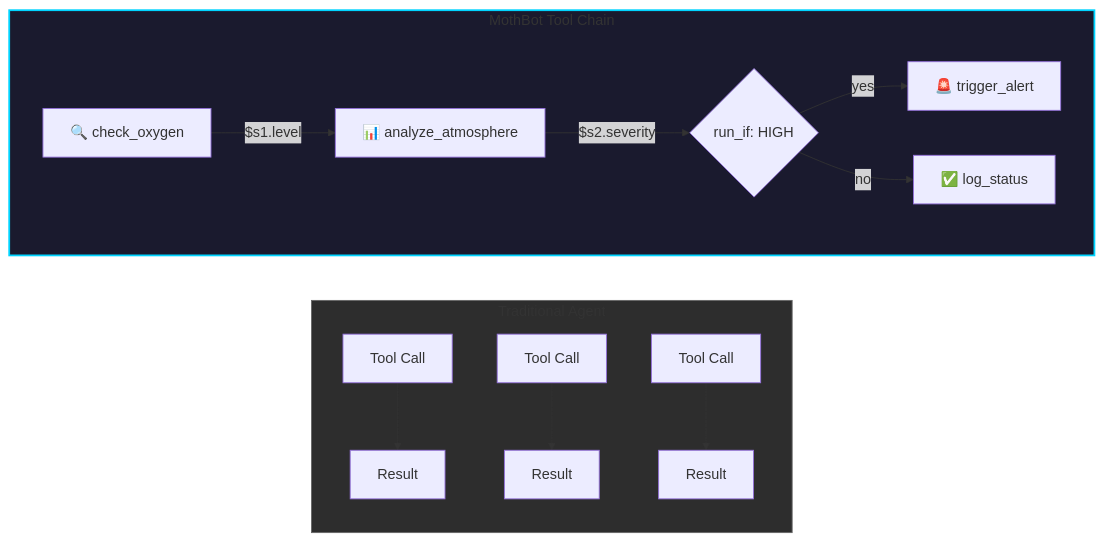
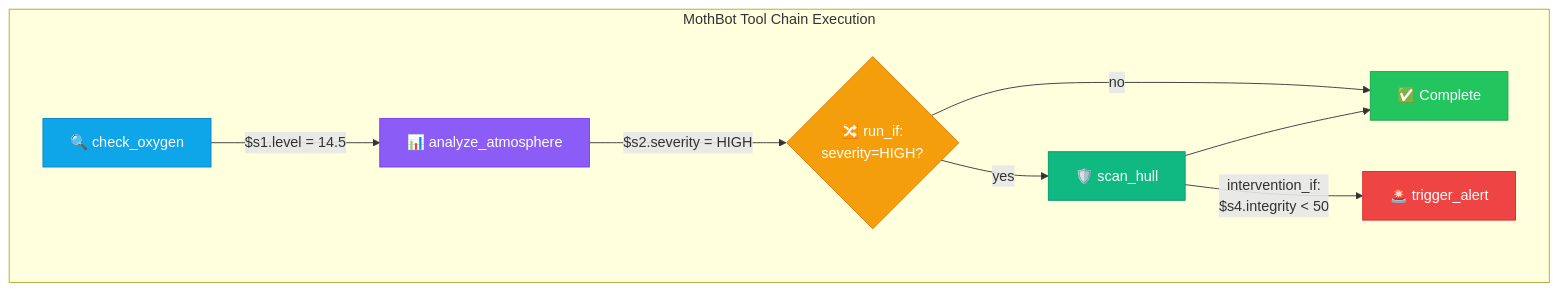
Before and after one commit to vivek100/mothBot: the first of 4 diagrams in README.md, drawn with Mermaid. The commit also changed other lines of this file, not shown here.

Commit message:
fixed diagrams

````diff
--- a/README.md
+++ b/README.md
@@ -28,19 +68,26 @@
 ```mermaid
 flowchart LR
-    subgraph Traditional["Traditional Agent"]
-        T1[Tool Call] --> R1[Result]
-        T2[Tool Call] --> R2[Result]
-        T3[Tool Call] --> R3[Result]
+    subgraph Chain["MothBot Tool Chain Execution"]
+        direction LR
+        S1["🔍 check_oxygen"]
+        S2["📊 analyze_atmosphere"]
+        S3{"🔀 run_if:\n severity=HIGH?"}
+        S4["🛡️ scan_hull"]
+        S5["🚨 trigger_alert"]
+        S6["✅ Complete"]
+        
+        S1 -->|"$s1.level = 14.5"| S2
+        S2 -->|"$s2.severity = HIGH"| S3
+        S3 -->|"yes"| S4
+        S3 -->|"no"| S6
+        S4 -->|"intervention_if:\n$s4.integrity < 50"| S5
+        S4 --> S6
     end
     
-    subgraph MothBot["MothBot Tool Chain"]
-        direction LR
-        S1["🔍 check_oxygen"] -->|"$s1.level"| S2["📊 analyze_atmosphere"]
-        S2 -->|"$s2.severity"| S3{"run_if: HIGH"}
-        S3 -->|yes| S4["🚨 trigger_alert"]
-        S3 -->|no| S5["✅ log_status"]
-    end
-    
-    style MothBot fill:#1a1a2e,stroke:#00d4ff,stroke-width:2px
-    style Traditional fill:#2d2d2d,stroke:#666,stroke-width:1px
+    style S1 fill:#0ea5e9,stroke:#0284c7,color:#fff
+    style S2 fill:#8b5cf6,stroke:#7c3aed,color:#fff
+    style S3 fill:#f59e0b,stroke:#d97706,color:#fff
+    style S4 fill:#10b981,stroke:#059669,color:#fff
+    style S5 fill:#ef4444,stroke:#dc2626,color:#fff
+    style S6 fill:#22c55e,stroke:#16a34a,color:#fff
 ```
````
